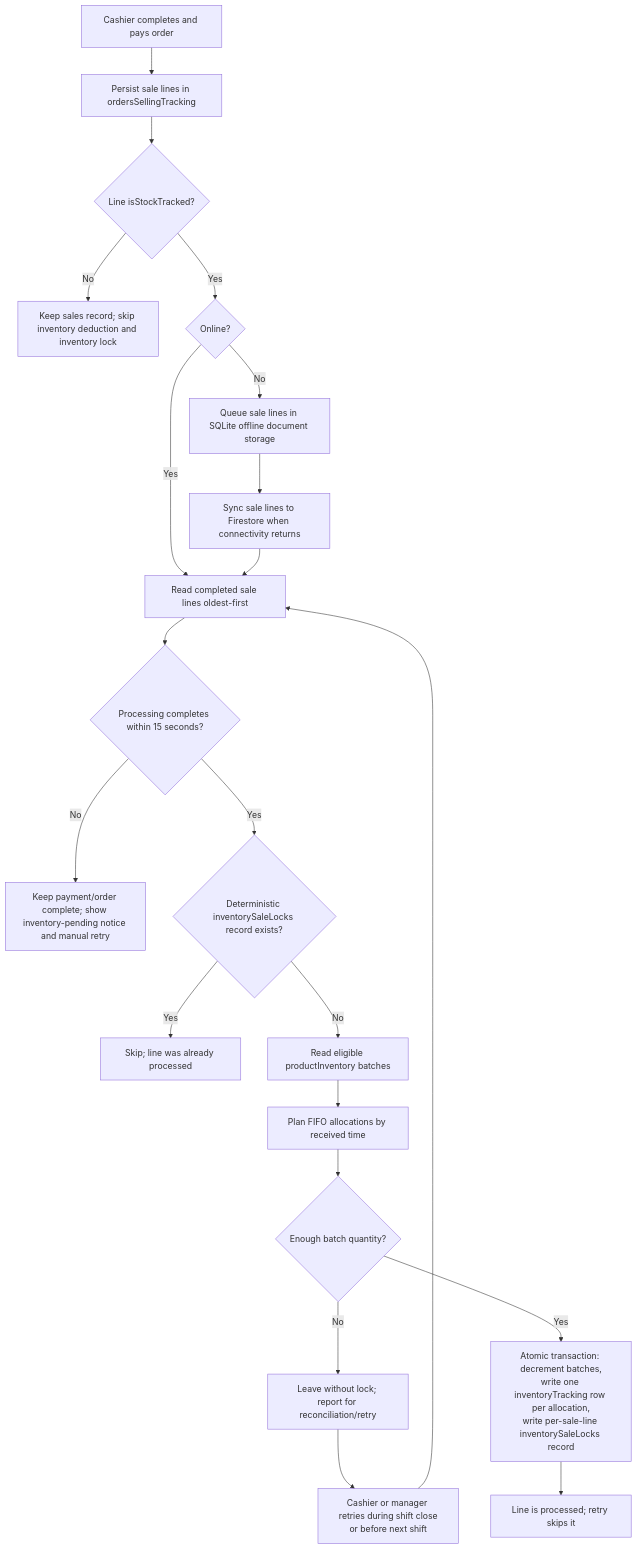
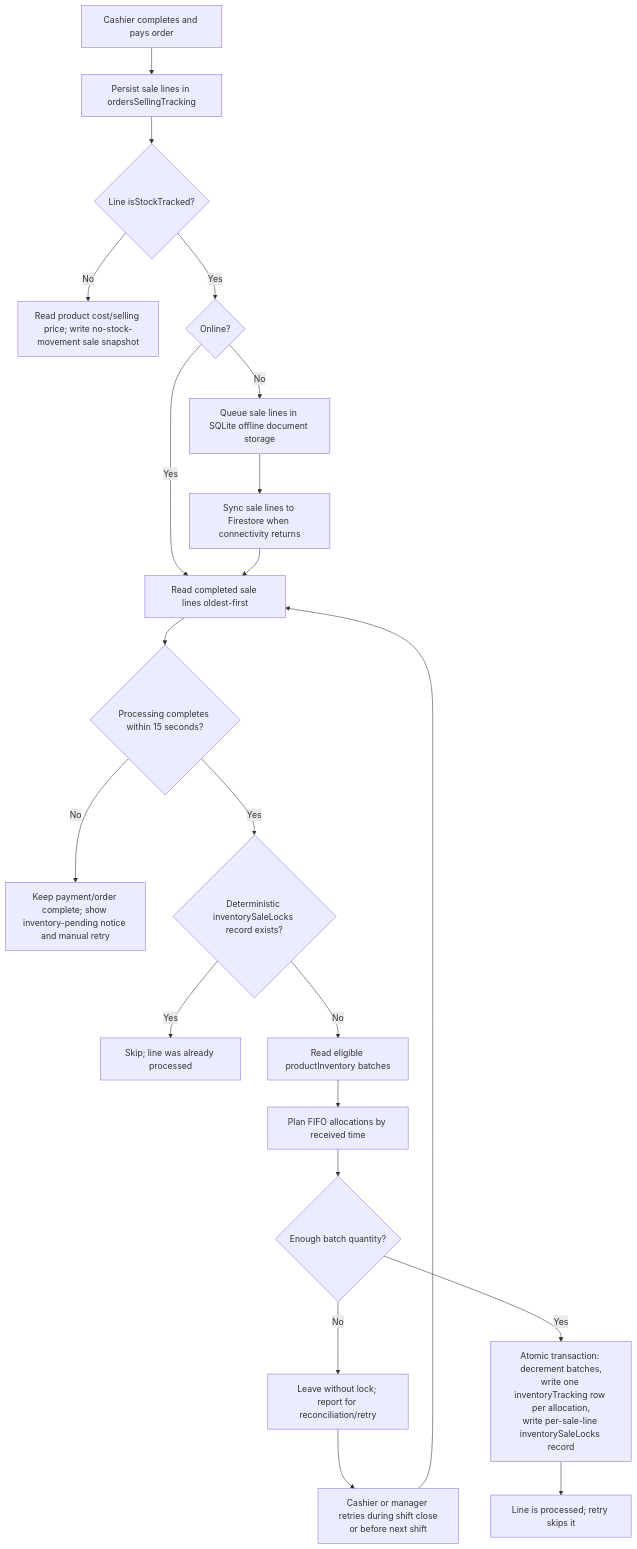
Before and after one commit to jaspervborcena/tovrika: the diagram in docs/offline-reconciliation-flow.md, drawn with Mermaid. The commit also changed other lines of this file and 11 other files, not shown here.

First line of the commit message:
Record price snapshots for untracked sales

````diff
--- a/docs/offline-reconciliation-flow.md
+++ b/docs/offline-reconciliation-flow.md
@@ -5,25 +5,25 @@
 ```mermaid
 flowchart TD
     A[Cashier completes and pays order] --> B[Persist sale lines in ordersSellingTracking]
     B --> C{Line isStockTracked?}
-    C -- No --> D[Keep sales record; skip inventory deduction and inventory lock]
+    C -- No --> D[Read product cost/selling price; write no-stock-movement sale snapshot]
     C -- Yes --> E{Online?}
     E -- Yes --> F[Read completed sale lines oldest-first]
     E -- No --> G[Queue sale lines in SQLite offline document storage]
     G --> H[Sync sale lines to Firestore when connectivity returns]
     H --> F
 
     F --> R{Processing completes within 15 seconds?}
     R -- No --> S[Keep payment/order complete; show inventory-pending notice and manual retry]
     R -- Yes --> I{Deterministic inventorySaleLocks record exists?}
     I -- Yes --> J[Skip; line was already processed]
     I -- No --> K[Read eligible productInventory batches]
     K --> L[Plan FIFO allocations by received time]
     L --> M{Enough batch quantity?}
     M -- No --> N[Leave without lock; report for reconciliation/retry]
     M -- Yes --> O[Atomic transaction: decrement batches,\nwrite one inventoryTracking row per allocation,\nwrite per-sale-line inventorySaleLocks record]
     O --> P[Line is processed; retry skips it]
 
     N --> Q[Cashier or manager retries during shift close\nor before next shift]
     Q --> F
 ```
````
